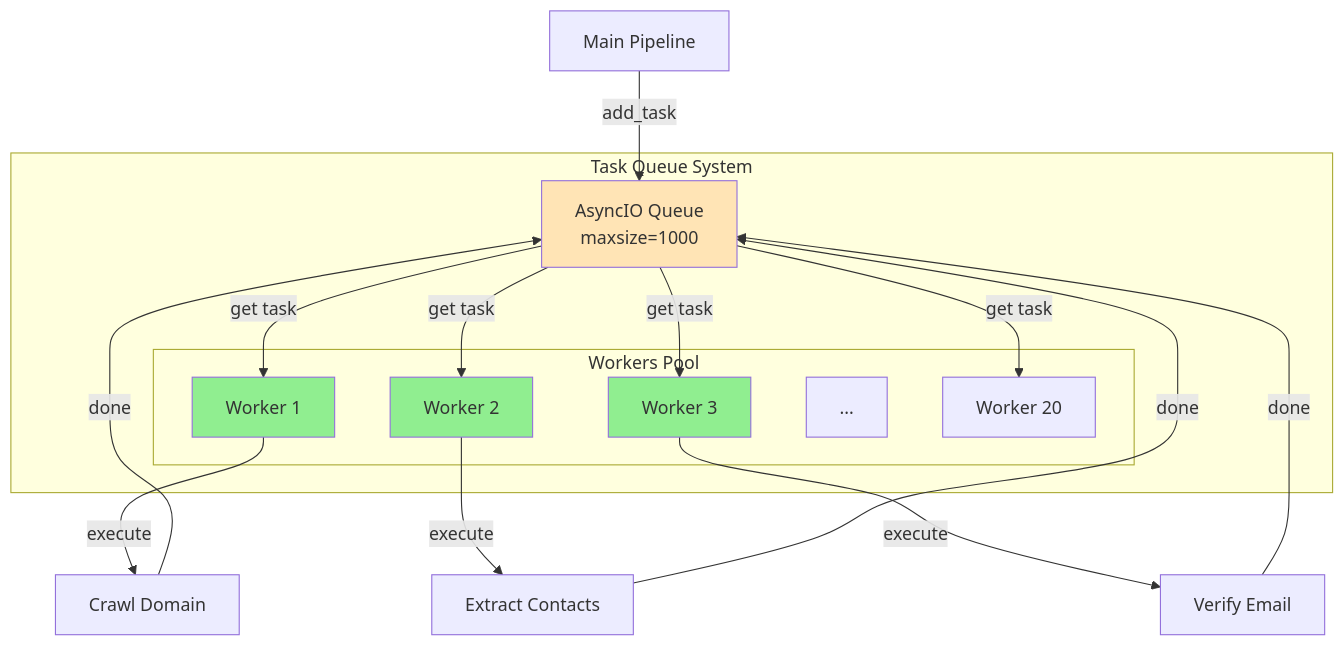
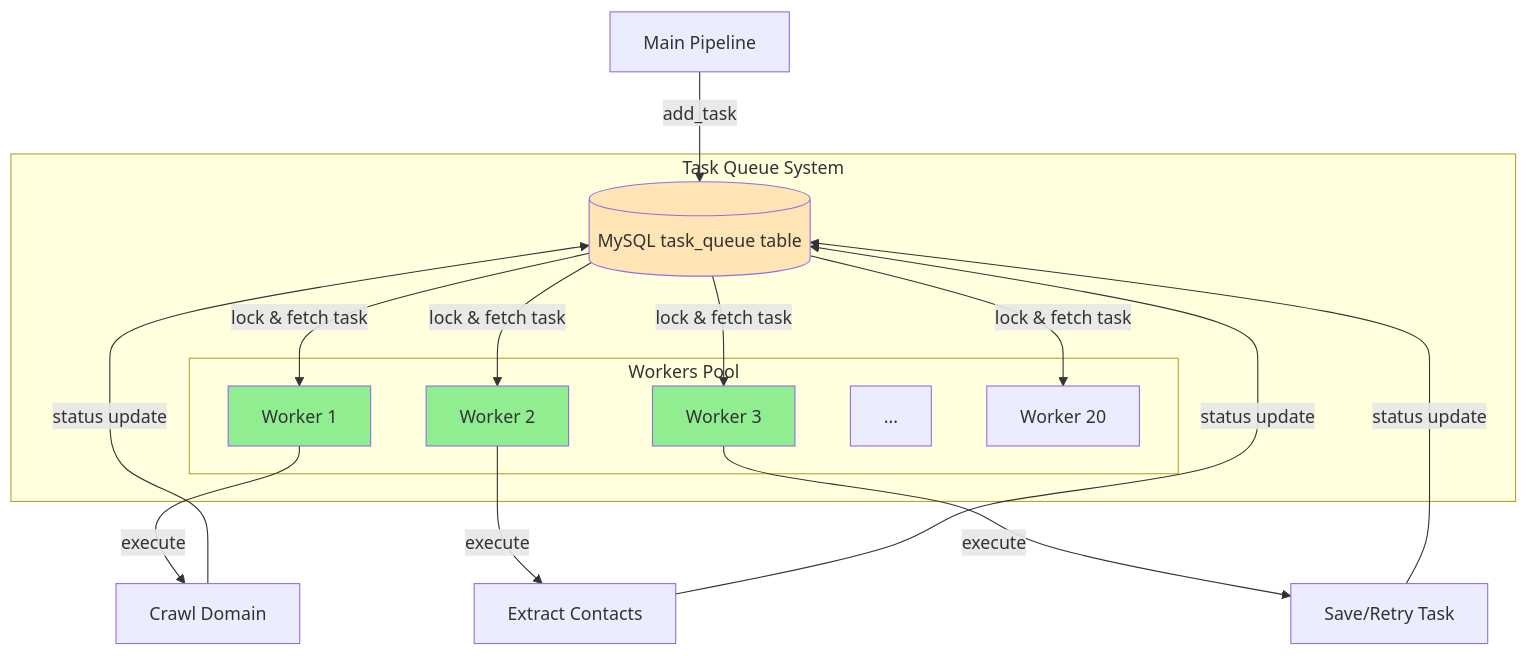
The sixth of 10 diagrams in doc/DIAGRAMS.md (hauptmann1971/b2b-contact-miner), drawn with Mermaid before and after one commit. The commit also changed other lines of this file and 10 other files, not shown here.

First line of the commit message:
Align architecture docs and diagrams with current DB-backed queue design.

````diff
--- a/doc/DIAGRAMS.md
+++ b/doc/DIAGRAMS.md
@@ -218,33 +216,33 @@
 ```mermaid
 graph TB
     subgraph "Task Queue System"
-        Q[AsyncIO Queue<br/>maxsize=1000]
+        Q[(MySQL task_queue table)]
         
         subgraph "Workers Pool"
             W1[Worker 1]
             W2[Worker 2]
             W3[Worker 3]
             WDots[...]
             W20[Worker 20]
         end
     end
     
     Main[Main Pipeline] -->|add_task| Q
-    Q -->|get task| W1
-    Q -->|get task| W2
-    Q -->|get task| W3
-    Q -->|get task| W20
+    Q -->|lock & fetch task| W1
+    Q -->|lock & fetch task| W2
+    Q -->|lock & fetch task| W3
+    Q -->|lock & fetch task| W20
     
     W1 -->|execute| Task1[Crawl Domain]
     W2 -->|execute| Task2[Extract Contacts]
-    W3 -->|execute| Task3[Verify Email]
+    W3 -->|execute| Task3[Save/Retry Task]
     
-    Task1 -->|done| Q
-    Task2 -->|done| Q
-    Task3 -->|done| Q
+    Task1 -->|status update| Q
+    Task2 -->|status update| Q
+    Task3 -->|status update| Q
     
     style Q fill:#FFE4B5
     style W1 fill:#90EE90
     style W2 fill:#90EE90
     style W3 fill:#90EE90
 ```
````
